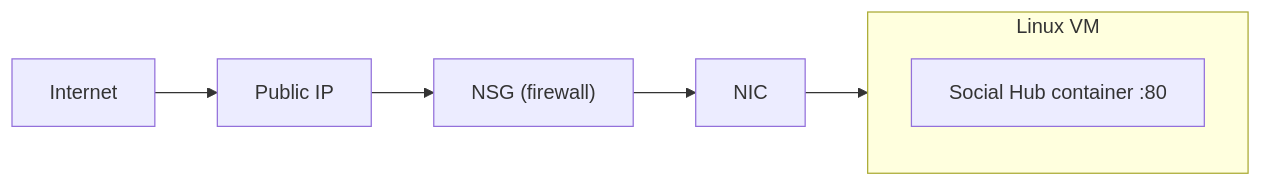
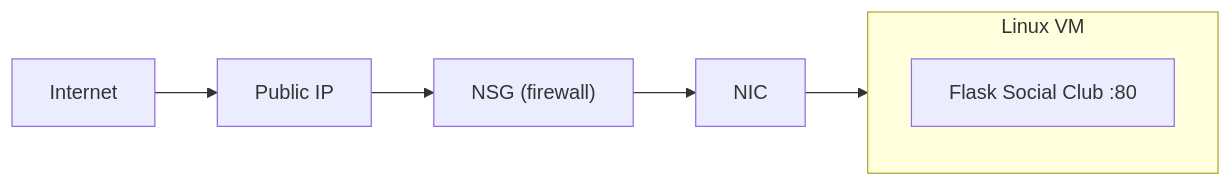
One commit to owenorice/grad-academy-devops-mission1 changed the diagram in README.md. Above: the diagram before and after it, drawn with Mermaid. The commit also changed other lines of this file and 17 other files, not shown here.

````diff
--- a/README.md
+++ b/README.md
@@ -11,7 +11,7 @@
 ```mermaid
 flowchart LR
   Internet --> PIP["Public IP"] --> NSG["NSG (firewall)"] --> NIC --> VM
   subgraph VM["Linux VM"]
-    APP["Social Hub container :80"]
+    APP["Flask Social Club :80"]
   end
 ```
````
